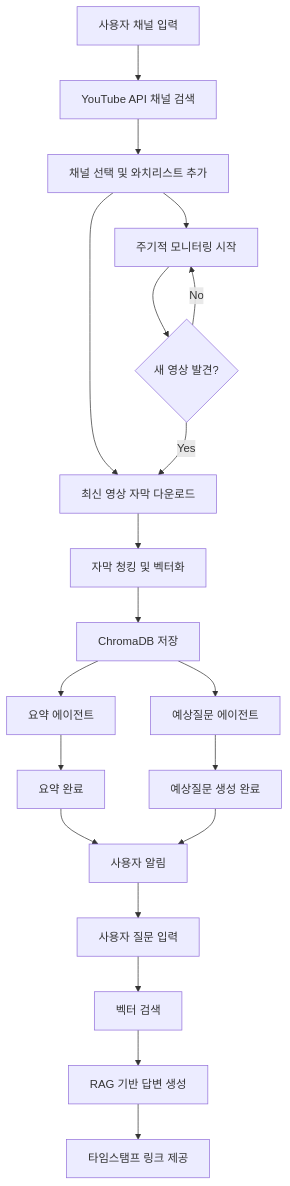
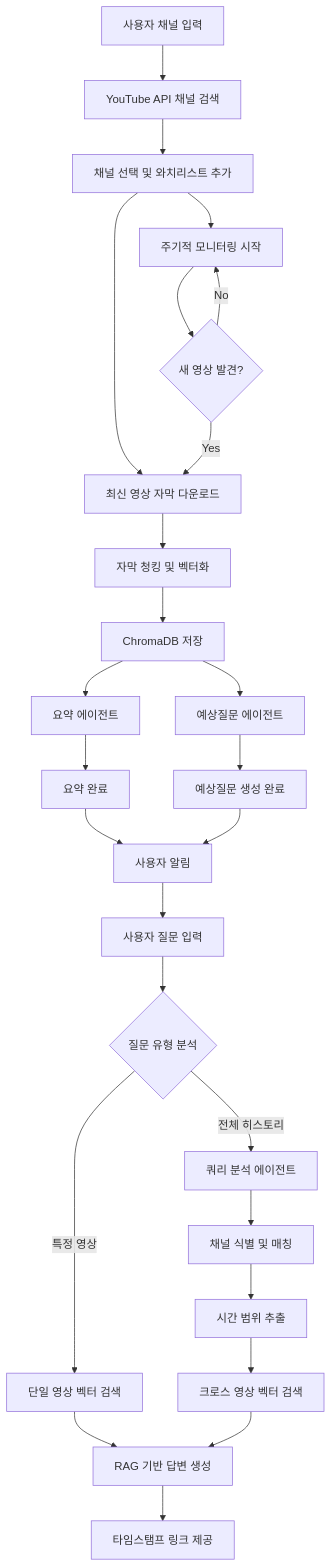
Before and after one commit to agentplanningdata/YoutubeTranscript: the diagram in README.md, drawn with Mermaid. The commit also changed other lines of this file and 9 other files, not shown here.

````diff
--- a/README.md
+++ b/README.md
@@ -29,22 +31,28 @@
 ```mermaid
 graph TD
     A[사용자 채널 입력] --> B[YouTube API 채널 검색]
     B --> C[채널 선택 및 와치리스트 추가]
     C --> F[최신 영상 자막 다운로드]
     C --> D[주기적 모니터링 시작]
     D --> E{새 영상 발견?}
     E -->|Yes| F
     E -->|No| D
     F --> G[자막 청킹 및 벡터화]
     G --> H[ChromaDB 저장]
     H --> I[요약 에이전트]
     H --> J[예상질문 에이전트]
     I --> K[요약 완료]
     J --> L[예상질문 생성 완료]
     K --> M[사용자 알림]
     L --> M
     M --> N[사용자 질문 입력]
-    N --> O[벡터 검색]
+    N --> R{질문 유형 분석}
+    R -->|특정 영상| O[단일 영상 벡터 검색]
+    R -->|전체 히스토리| S[쿼리 분석 에이전트]
+    S --> T[채널 식별 및 매칭]
+    T --> U[시간 범위 추출]
+    U --> V[크로스 영상 벡터 검색]
     O --> P[RAG 기반 답변 생성]
+    V --> P
     P --> Q[타임스탬프 링크 제공]
 ```
````
